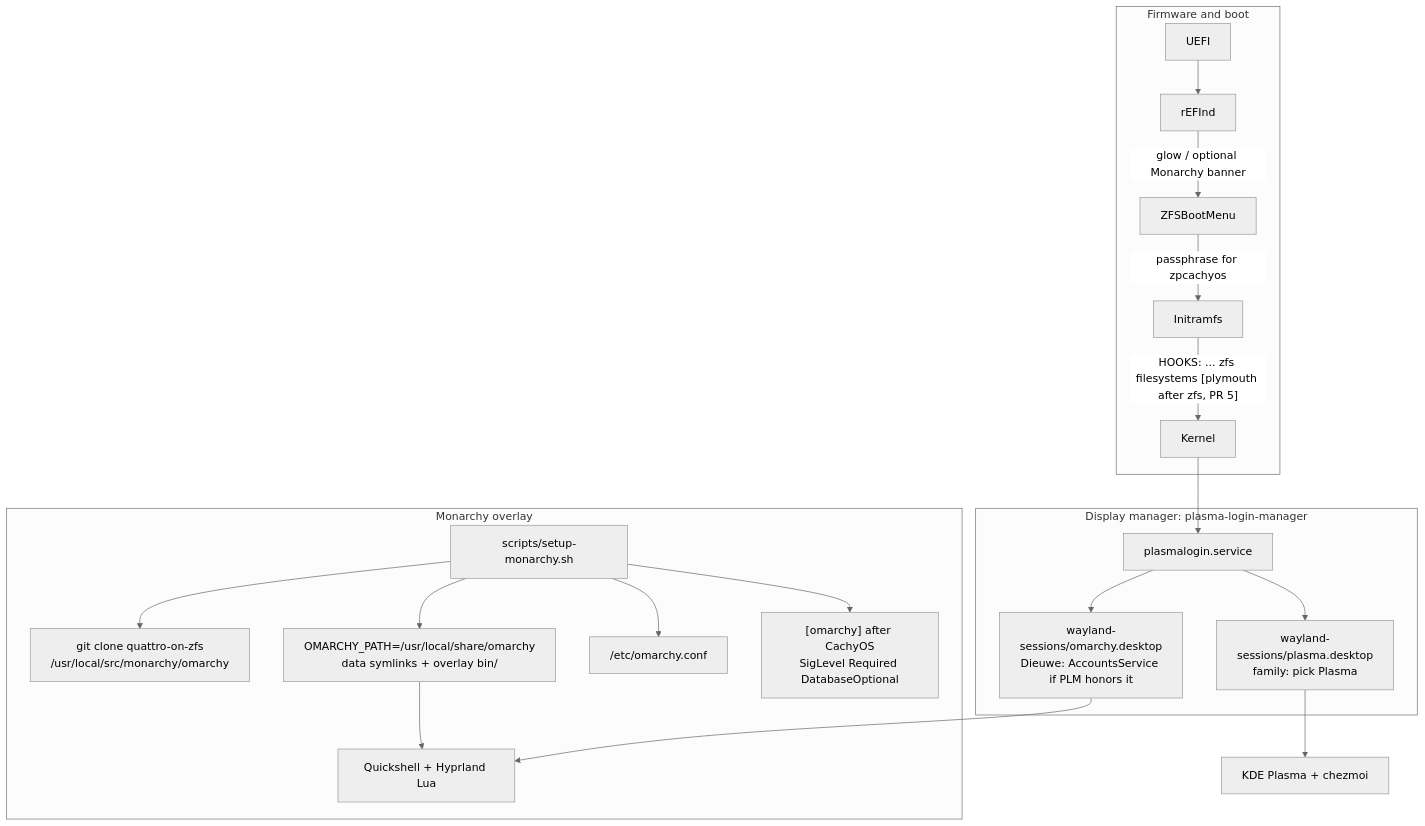
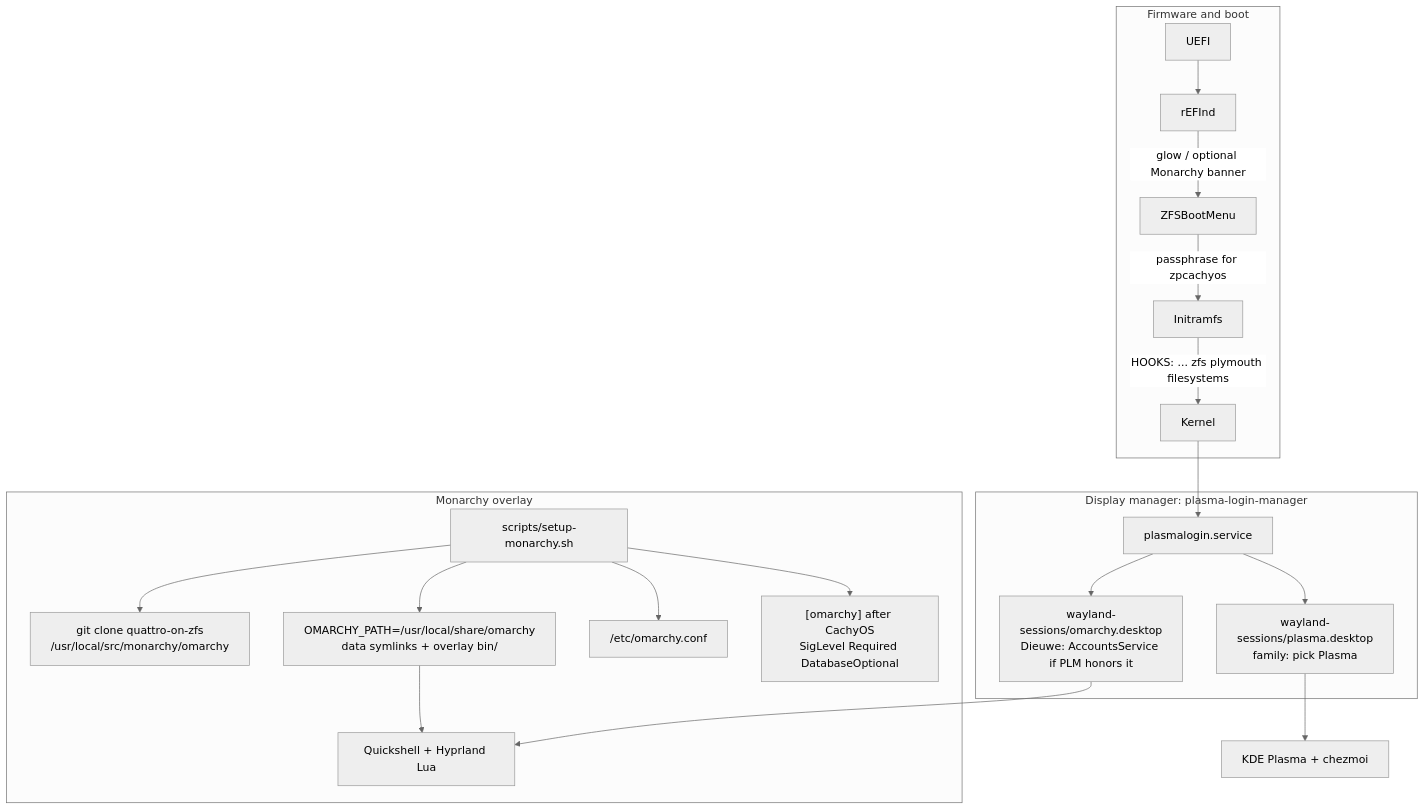
One commit to dieuwedeboer/dotfiles changed the first of 3 diagrams in docs/monarchy.md. Above: the diagram before and after it, drawn with Mermaid (neutral theme). The commit also changed other lines of this file and 13 other files, not shown here.

First line of the commit message:
Enable Omarchy Plymouth after zfs

````diff
--- a/docs/monarchy.md
+++ b/docs/monarchy.md
@@ -123,31 +123,31 @@
 ```mermaid
 flowchart TB
   subgraph boot [Firmware and boot]
     UEFI --> rEFInd
     rEFInd -->|"glow / optional Monarchy banner"| ZBM[ZFSBootMenu]
     ZBM -->|"passphrase for zpcachyos"| Initramfs
-    Initramfs -->|"HOOKS: ... zfs filesystems [plymouth after zfs, PR 5]"| Kernel
+    Initramfs -->|"HOOKS: ... zfs plymouth filesystems"| Kernel
   end
 
   subgraph dm [Display manager: plasma-login-manager]
     Kernel --> PLM[plasmalogin.service]
     PLM --> PlasmaSession["wayland-sessions/plasma.desktop<br/>family: pick Plasma"]
     PLM --> OmarchySession["wayland-sessions/omarchy.desktop<br/>Dieuwe: AccountsService if PLM honors it"]
   end
 
   subgraph overlay [Monarchy overlay]
     Bridge["scripts/setup-monarchy.sh"]
     Clone["git clone quattro-on-zfs<br/>/usr/local/src/monarchy/omarchy"]
     Work["OMARCHY_PATH=/usr/local/share/omarchy<br/>data symlinks + overlay bin/"]
     Conf["/etc/omarchy.conf"]
     Repo["[omarchy] after CachyOS<br/>SigLevel Required DatabaseOptional"]
     Bridge --> Clone
     Bridge --> Work
     Bridge --> Conf
     Bridge --> Repo
     OmarchySession --> QS[Quickshell + Hyprland Lua]
     Work --> QS
   end
 
   PlasmaSession --> KDE[KDE Plasma + chezmoi]
 ```
````
